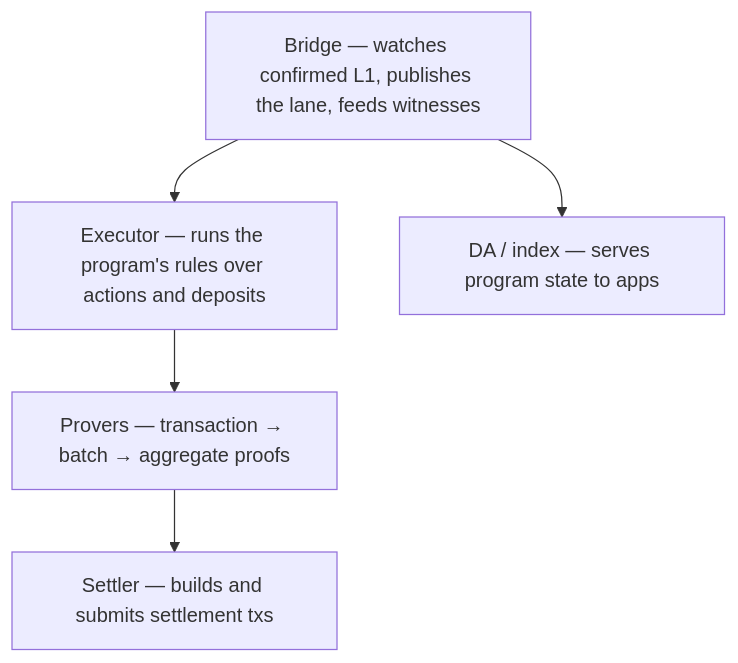
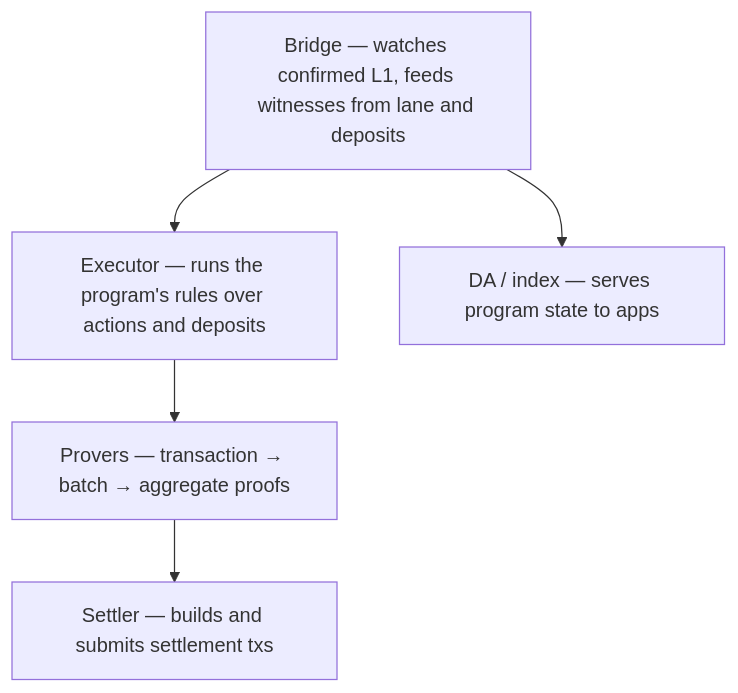
The diagram in src/machinery.md (biryukovmaxim/vprogs-workshop), drawn with Mermaid before and after one commit. The commit also changed other lines of this file and 4 other files, not shown here.

Commit message:
workshop: review fixes — users publish to the lane themselves; spine diagram parse fix; minimal-not-zero scripting; conditional permission output; dev-mode security clause

````diff
--- a/src/machinery.md
+++ b/src/machinery.md
@@ -6,10 +6,10 @@
 ```mermaid
 flowchart TB
-    BR["Bridge — watches confirmed L1, publishes the lane, feeds witnesses"]
+    BR["Bridge — watches confirmed L1, feeds witnesses from lane and deposits"]
     EX["Executor — runs the program's rules over actions and deposits"]
     PR["Provers — transaction → batch → aggregate proofs"]
     ST["Settler — builds and submits settlement txs"]
     DA["DA / index — serves program state to apps"]
     BR --> EX --> PR --> ST
     BR --> DA
 ```
````
